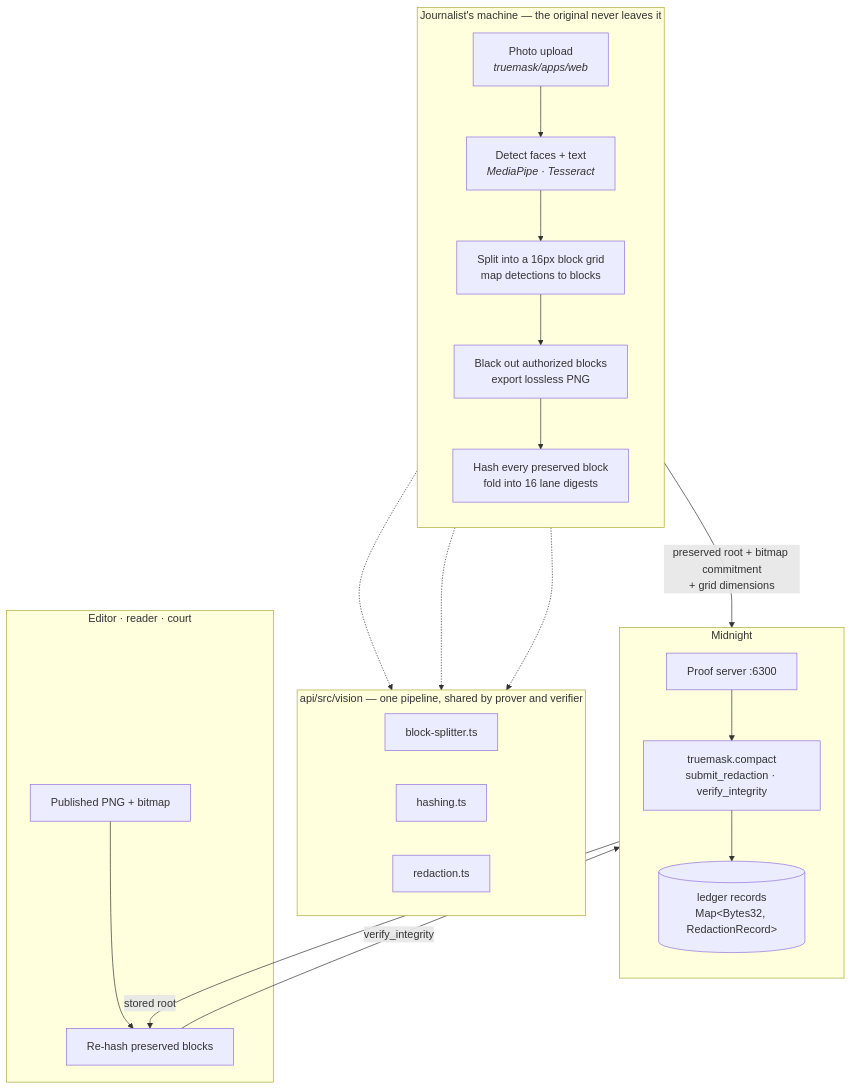
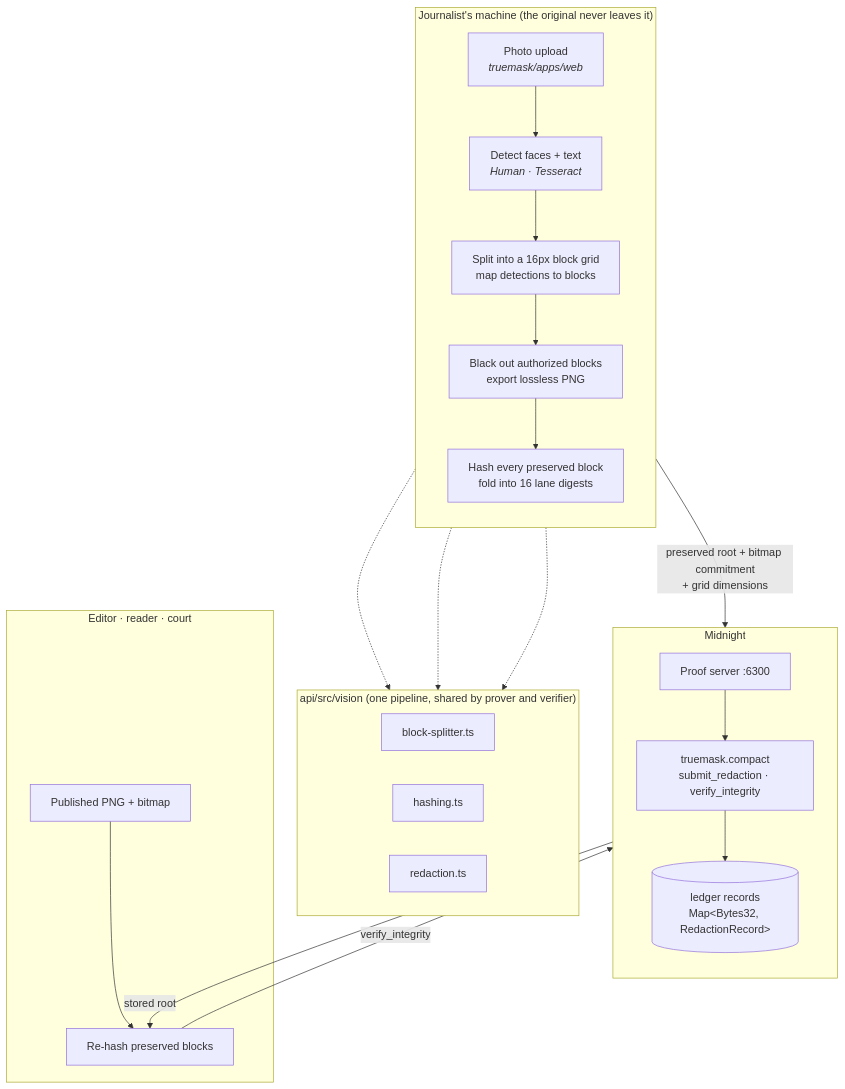
One commit to bantoklara/midnight-hackathon-image-blurring changed the first of 2 diagrams in README.md. Above: the diagram before and after it, drawn with Mermaid. The commit also changed other lines of this file, not shown here.

````diff
--- a/README.md
+++ b/README.md
@@ -68,40 +103,40 @@
 ```mermaid
 flowchart TB
-    subgraph browser["Journalist's machine — the original never leaves it"]
+    subgraph browser["Journalist's machine (the original never leaves it)"]
         direction TB
         UP["Photo upload<br/><i>truemask/apps/web</i>"]
-        DET["Detect faces + text<br/><i>MediaPipe · Tesseract</i>"]
+        DET["Detect faces + text<br/><i>Human · Tesseract</i>"]
         GRID["Split into a 16px block grid<br/>map detections to blocks"]
         RED["Black out authorized blocks<br/>export lossless PNG"]
         HASH["Hash every preserved block<br/>fold into 16 lane digests"]
         UP --> DET --> GRID --> RED --> HASH
     end
 
-    subgraph shared["api/src/vision — one pipeline, shared by prover and verifier"]
+    subgraph shared["api/src/vision (one pipeline, shared by prover and verifier)"]
         direction LR
         BS["block-splitter.ts"]
         HS["hashing.ts"]
         RD["redaction.ts"]
     end
 
     subgraph chain["Midnight"]
         direction TB
         PS["Proof server :6300"]
         CT["truemask.compact<br/>submit_redaction · verify_integrity"]
         LG[("ledger records<br/>Map&lt;Bytes32, RedactionRecord&gt;")]
         PS --> CT --> LG
     end
 
     GRID -.-> BS
     HASH -.-> HS
     RED -.-> RD
     HASH -->|"preserved root + bitmap commitment<br/>+ grid dimensions"| PS
 
     subgraph verifier["Editor · reader · court"]
         VIMG["Published PNG + bitmap"]
         VCHK["Re-hash preserved blocks"]
         VIMG --> VCHK
     end
     VCHK -->|"verify_integrity"| CT
     LG -->|"stored root"| VCHK
 ```
````
